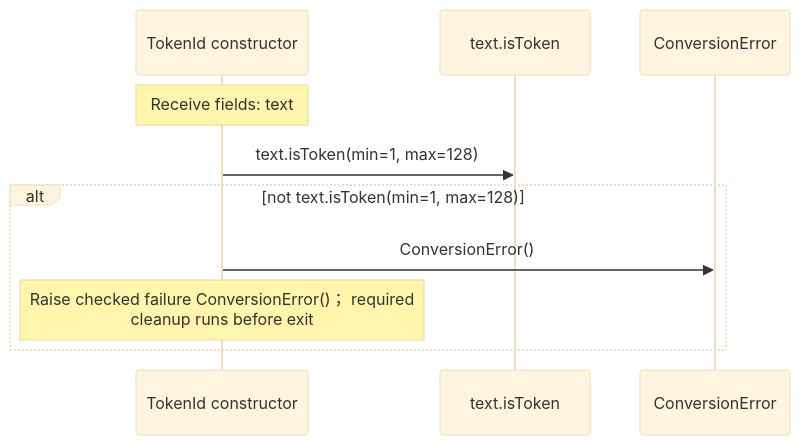
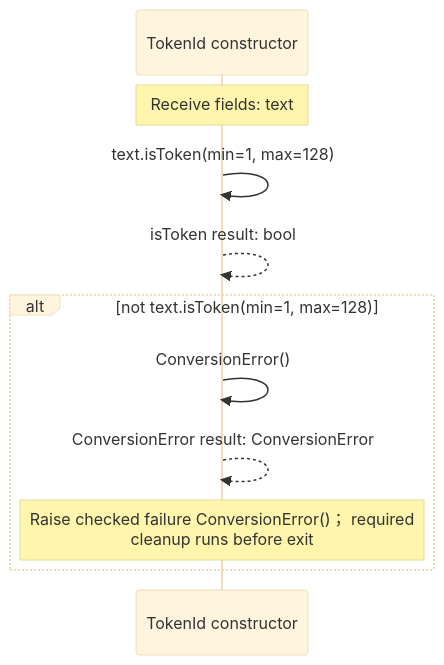
One commit to GreenPandaStudios/augscript changed the first of 4 diagrams in src/stdlib/values/text.aug.diagrams.md. Above: the diagram before and after it, drawn with Mermaid (base theme). The commit also changed other lines of this file and 304 other files, not shown here.

Commit message:
Make generated data-flow sequences concise and review every diagram

````diff
--- a/src/stdlib/values/text.aug.diagrams.md
+++ b/src/stdlib/values/text.aug.diagrams.md
@@ -33,12 +18,13 @@
 ```mermaid
 sequenceDiagram
     participant p0 as TokenId constructor
-    participant p1 as text.isToken
-    participant p2 as ConversionError
+
     Note over p0: Receive fields: text
-    p0->>p1: text.isToken(min=1, max=128)
+    p0->>p0: text.isToken(min=1, max=128)
+    p0-->>p0: isToken result: bool
     alt not text.isToken(min=1, max=128)
-    p0->>p2: ConversionError()
+    p0->>p0: ConversionError()
+    p0-->>p0: ConversionError result: ConversionError
     Note over p0: Raise checked failure ConversionError()； required<br/>cleanup runs before exit
     end
 ```
````
